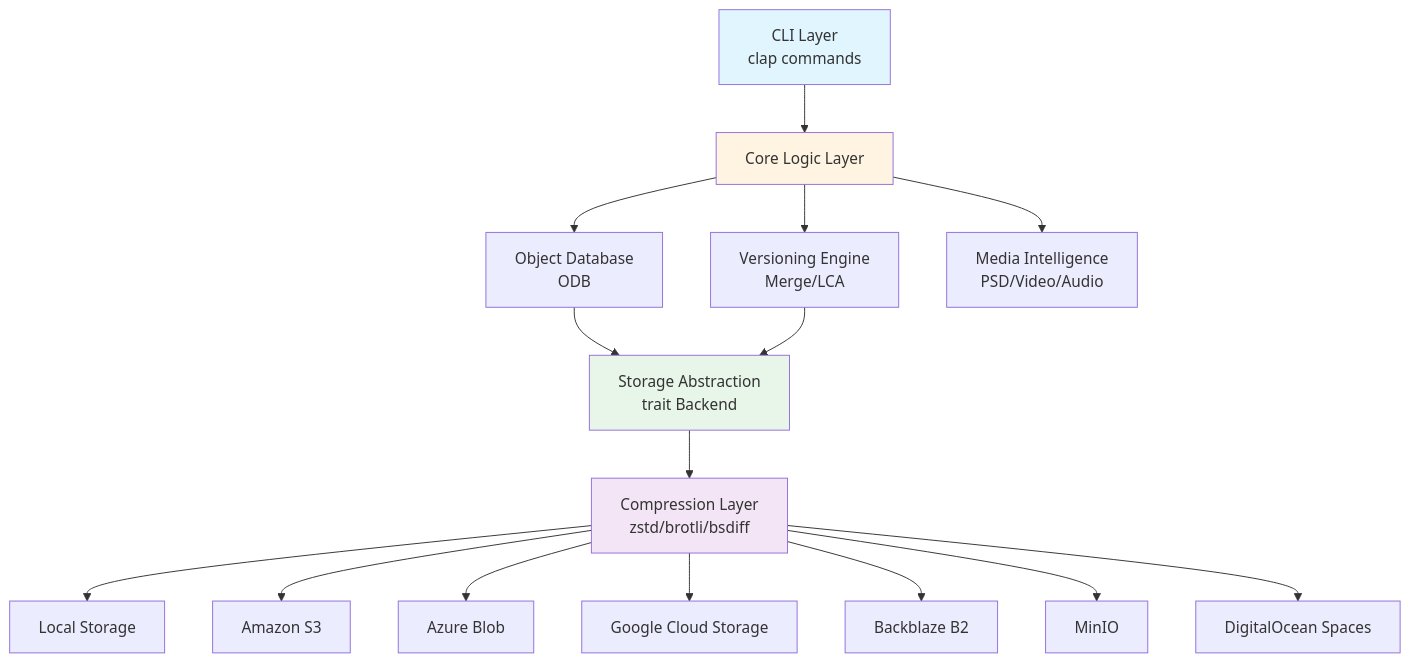
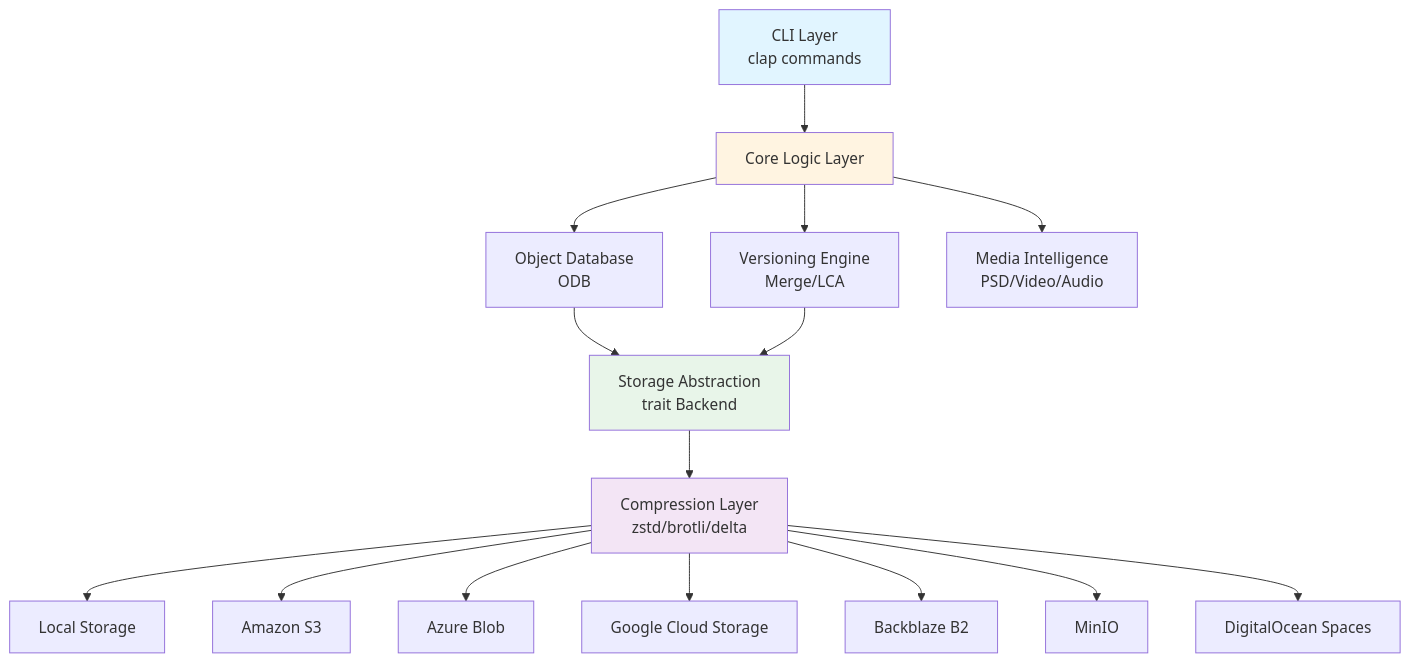
Before and after one commit to winnyboy5/mediagit-core: the first of 2 diagrams in book/src/architecture/README.md, drawn with Mermaid. The commit also changed other lines of this file and 29 other files, not shown here.

````diff
--- a/book/src/architecture/README.md
+++ b/book/src/architecture/README.md
@@ -7,25 +7,25 @@
 ```mermaid
 graph TB
     CLI[CLI Layer<br/>clap commands] --> Core[Core Logic Layer]
     Core --> ODB[Object Database<br/>ODB]
     Core --> Versioning[Versioning Engine<br/>Merge/LCA]
     Core --> Media[Media Intelligence<br/>PSD/Video/Audio]
 
     ODB --> Storage[Storage Abstraction<br/>trait Backend]
     Versioning --> Storage
 
-    Storage --> Compression[Compression Layer<br/>zstd/brotli/bsdiff]
+    Storage --> Compression[Compression Layer<br/>zstd/brotli/delta]
 
     Compression --> Local[Local Storage]
     Compression --> S3[Amazon S3]
     Compression --> Azure[Azure Blob]
     Compression --> GCS[Google Cloud Storage]
     Compression --> B2[Backblaze B2]
     Compression --> MinIO[MinIO]
     Compression --> Spaces[DigitalOcean Spaces]
 
     style CLI fill:#e1f5ff
     style Core fill:#fff4e1
     style Storage fill:#e8f5e9
     style Compression fill:#f3e5f5
 ```
````
